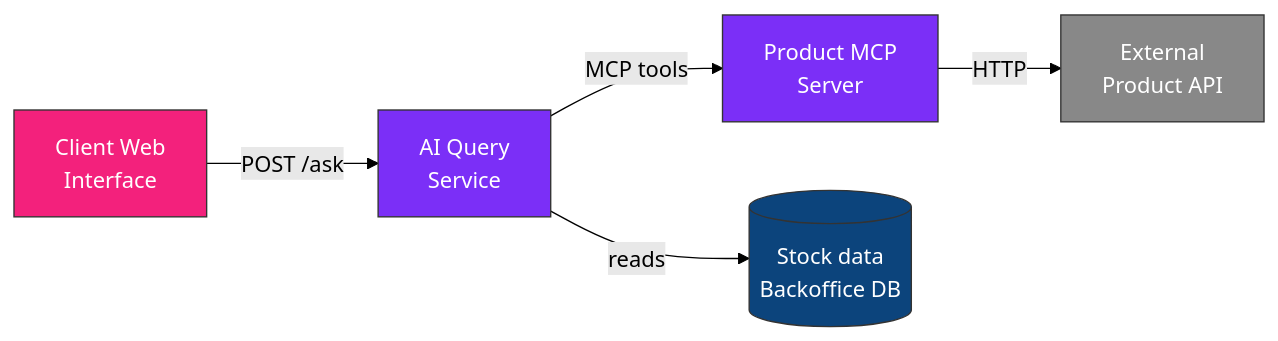
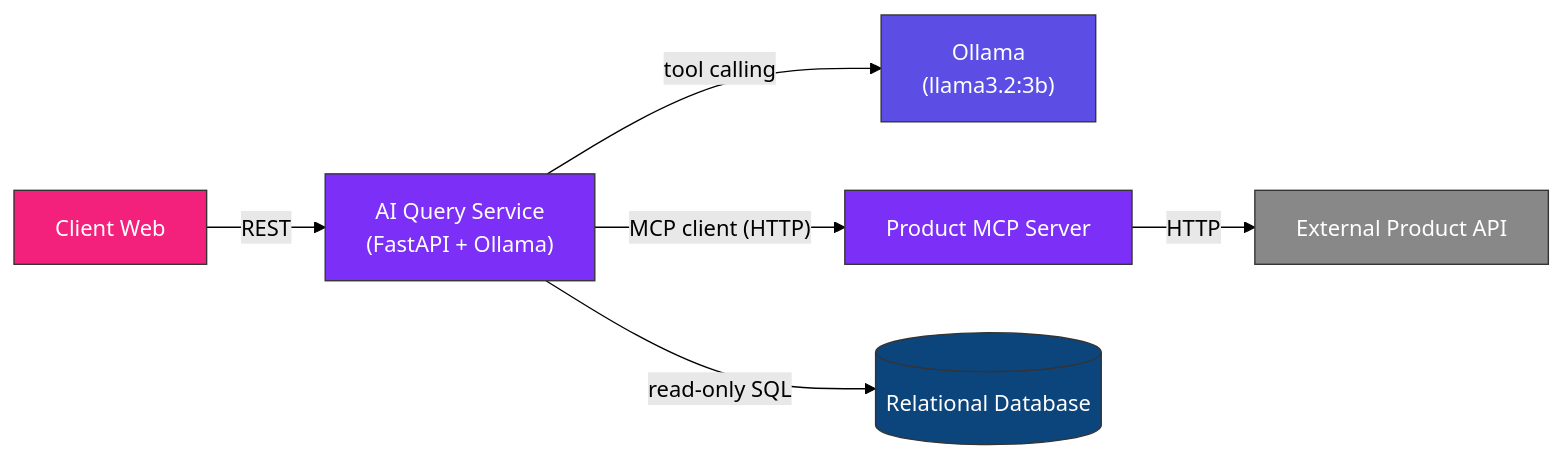
Before and after one commit to Lunaruo/hbntory-inventory-platform: the diagram in inventory-management-system/ai_service/README.md, drawn with Mermaid (forest theme). The commit also changed other lines of this file, not shown here.

Commit message:
Update README to reflect real Ollama agent and MCP HTTP client architecture

````diff
--- a/inventory-management-system/ai_service/README.md
+++ b/inventory-management-system/ai_service/README.md
@@ -46,13 +32,15 @@
 ```mermaid
 flowchart LR
-    Client["Client Web<br/>Interface"] -->|"POST /ask"| Service["AI Query<br/>Service"]
-    Service -->|"MCP tools"| MCP["Product MCP<br/>Server"]
-    MCP -->|"HTTP"| API["External<br/>Product API"]
-    Service -->|"reads"| DB[("Stock data<br/>Backoffice DB")]
+    Client["Client Web"] -->|"REST"| Agent["AI Query Service<br/>(FastAPI + Ollama)"]
+    Agent -->|"tool calling"| Ollama["Ollama<br/>(llama3.2:3b)"]
+    Agent -->|"MCP client (HTTP)"| MCP["Product MCP Server"]
+    MCP -->|"HTTP"| API["External Product API"]
+    Agent -->|"read-only SQL"| DB[("Relational Database")]
 
     style Client fill:#F3217C,color:#fff,stroke:#333
-    style Service fill:#7B2FF7,color:#fff,stroke:#333
+    style Agent fill:#7B2FF7,color:#fff,stroke:#333
+    style Ollama fill:#5C4EE5,color:#fff,stroke:#333
     style MCP fill:#7B2FF7,color:#fff,stroke:#333
     style API fill:#888,color:#fff,stroke:#333
     style DB fill:#0C447C,color:#fff,stroke:#333
 ```
````
